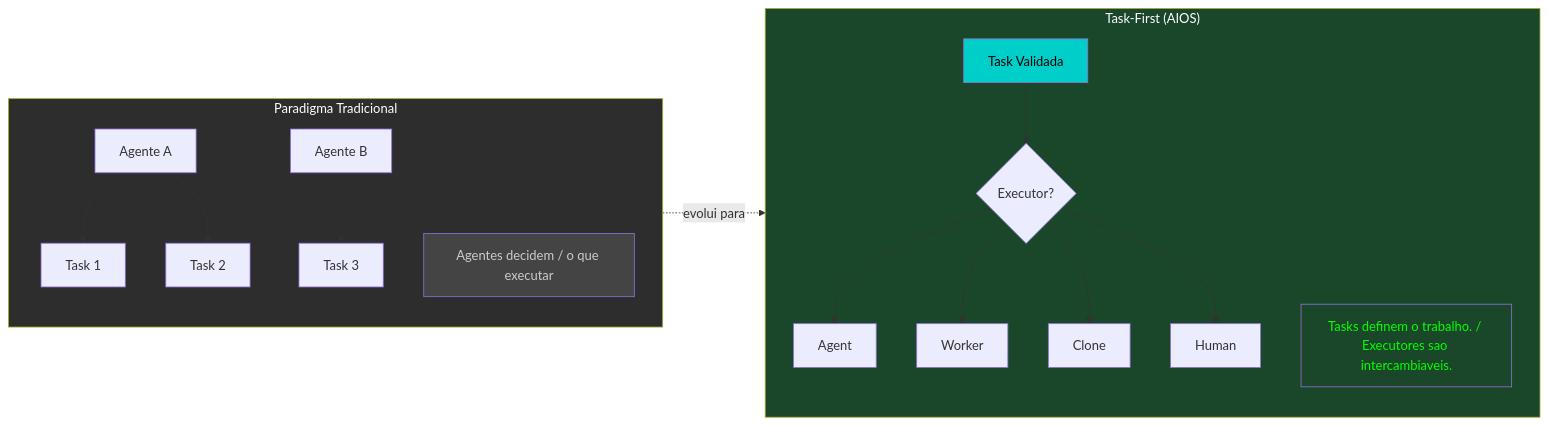
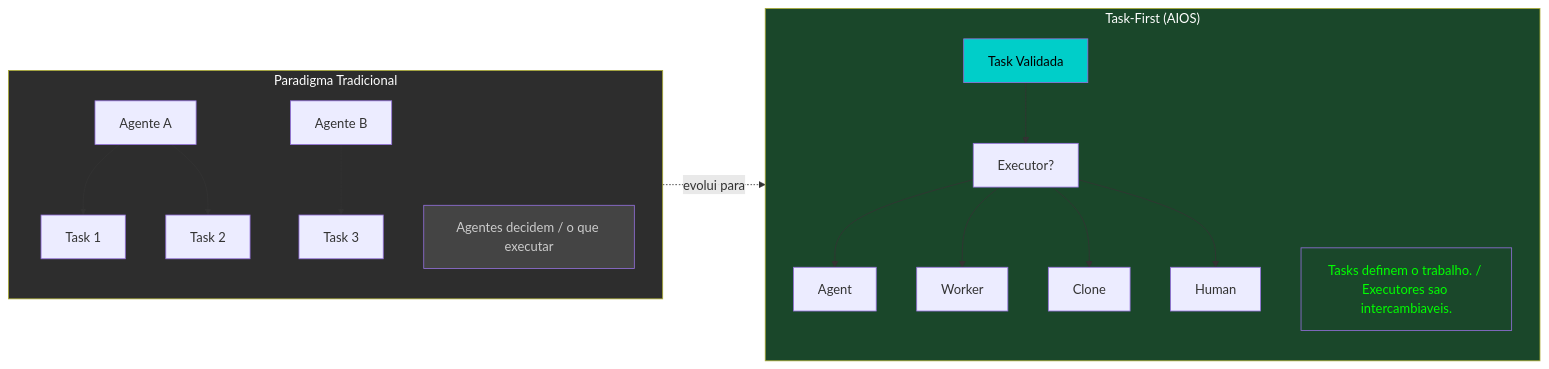
Before and after one commit to bychrisr/aios-docs: the second of 12 diagrams in content/en/docs/architecture/AIOS-VISUAL-OVERVIEW.mdx, drawn with Mermaid. The commit also changed other lines of this file and 40 other files, not shown here.

````diff
--- a/content/en/docs/architecture/AIOS-VISUAL-OVERVIEW.mdx
+++ b/content/en/docs/architecture/AIOS-VISUAL-OVERVIEW.mdx
@@ -118,28 +118,28 @@
 ```mermaid
 flowchart LR
     subgraph TRADITIONAL["Paradigma Tradicional"]
         direction TB
         A1["Agente A"] --> T1["Task 1"]
         A1 --> T2["Task 2"]
         A2["Agente B"] --> T3["Task 3"]
         NOTE1["Agentes decidem / o que executar"]
     end
 
     subgraph TASKFIRST["Task-First (AIOS)"]
         direction TB
-        TK1["Task Validada"] --> DEC1{"Executor?"}
+        TK1["Task Validada"] --> DEC1["Executor?"]
         DEC1 --> E1["Agent"]
         DEC1 --> E2["Worker"]
         DEC1 --> E3["Clone"]
         DEC1 --> E4["Human"]
         NOTE2["Tasks definem o trabalho. / Executores sao intercambiaveis."]
     end
 
     TRADITIONAL -.->|"evolui para"| TASKFIRST
 
     style TRADITIONAL fill:#2d2d2d,color:#fff
     style TASKFIRST fill:#1a472a,color:#fff
     style TK1 fill:#00cec9,color:#000
     style NOTE1 fill:#444,color:#ccc
     style NOTE2 fill:#1a472a,color:#0f0
 ```
````
